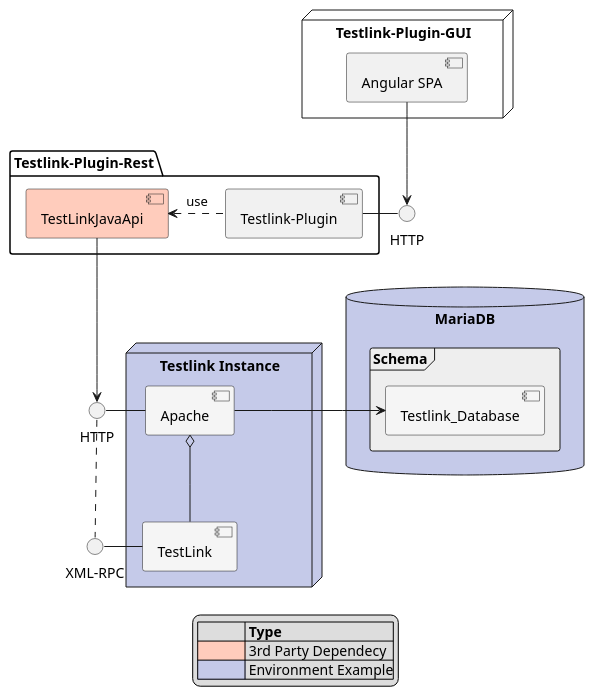
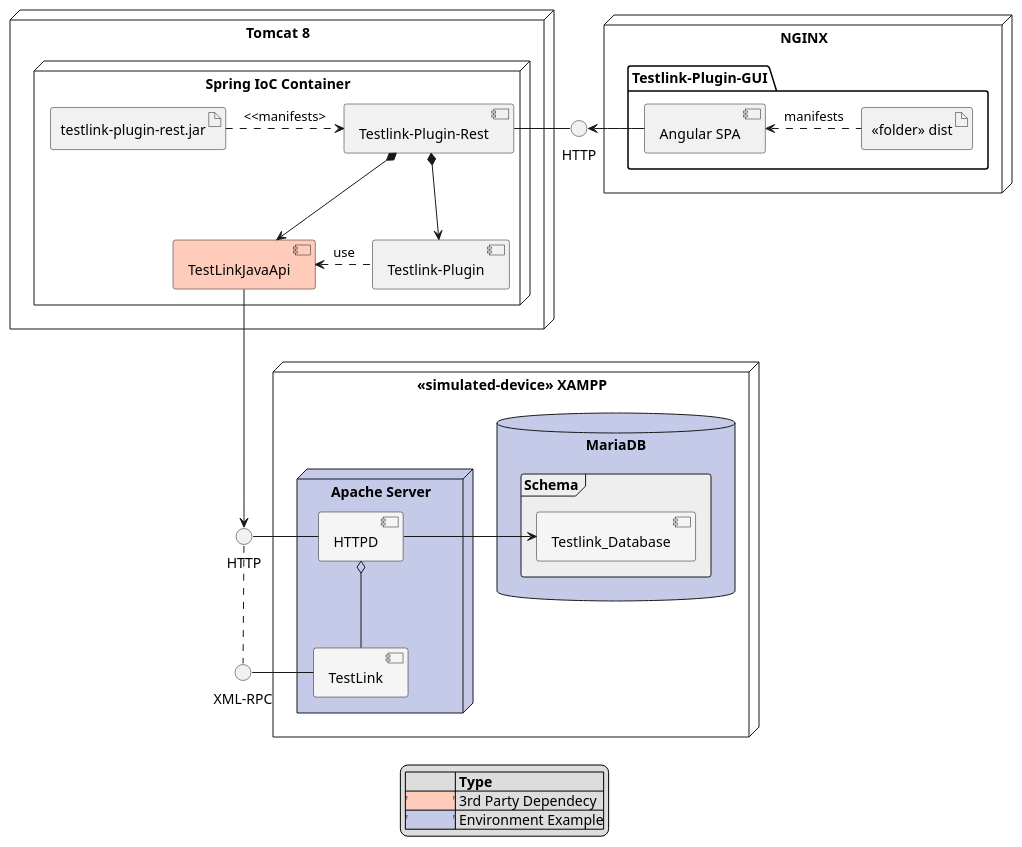
Before and after one commit to MarcoCaballero/testlink-plugin: the diagram in docs/deployment-view/deployment.diagram.wsd, drawn with PlantUML. The commit also changed 27 other files, not shown here.

Commit message:
Updating UML docs [--deploy-DockerHub]

```diff
--- a/docs/deployment-view/deployment.diagram.wsd
+++ b/docs/deployment-view/deployment.diagram.wsd
@@ -1,43 +1,57 @@
 @startuml Deployment
 
 interface "HTTP" as tlp_http
 interface "HTTP" as apache_http
 interface "XML-RPC" as testlink_rpc
 
 
+node "Tomcat 8" {
+    node "Spring IoC Container" {
+        artifact "testlink-plugin-rest.jar" as tlp_rest_jar
+        component "Testlink-Plugin-Rest" as tlp_rest
+        tlp_http - tlp_rest
+        [TestLinkJavaApi] #FFCCBC
 
-package "Testlink-Plugin-Rest" {
-    tlp_http - [Testlink-Plugin]
-    [TestLinkJavaApi] #FFCCBC
-}
-
-node "Testlink-Plugin-GUI" {
-    [Angular SPA] --> tlp_http
-}
-
-node "Testlink Instance" #C5CAE9{
-    [Apache]  -left- apache_http
-    [TestLink] -left- testlink_rpc
-    [Apache] #F5F5F5
-    [TestLink] #F5F5F5
-}
-
-database "MariaDB" #C5CAE9{
-    frame "Schema" #EEEEEE{
-        [Testlink_Database] #F5F5F5
+        tlp_rest *--> [Testlink-Plugin]
+        tlp_rest *--> [TestLinkJavaApi]
+        tlp_rest_jar .right.> [tlp_rest]: <<manifests>
     }
 }
 
-[Apache] o-- [TestLink]
-[Apache] -left-> [Testlink_Database]
+node "NGINX" {
+    package "Testlink-Plugin-GUI" {
+        artifact "<<folder>> dist" as dist
+        [Angular SPA] -left-> tlp_http
+        dist .left.> [Angular SPA]: manifests
+    }
+}
+
+node "<<simulated-device>> XAMPP" {
+    database "MariaDB" #C5CAE9{
+        frame "Schema" #EEEEEE{
+            [Testlink_Database] #F5F5F5
+        }
+    }
+    node "Apache Server" #C5CAE9{
+        [HTTPD]  -left- apache_http
+        [TestLink] -left- testlink_rpc
+        [HTTPD] #F5F5F5
+        [TestLink] #F5F5F5
+    }
+}
+
+
+
+[HTTPD] o-- [TestLink]
+[HTTPD] -left-> [Testlink_Database]
 apache_http .. testlink_rpc
 [Testlink-Plugin] .left.> [TestLinkJavaApi] :use
 [TestLinkJavaApi] --> apache_http
 
 legend
     |= |= Type |
-    |<back:#FFCCBC>             </back>| 3rd Party Dependecy|
-    |<back:#C5CAE9>             </back>| Environment Example|
+    |<back:#FFCCBC>'            '</back>| 3rd Party Dependecy|
+    |<back:#C5CAE9>'            '</back>| Environment Example|
 endlegend
 
 @enduml
```
